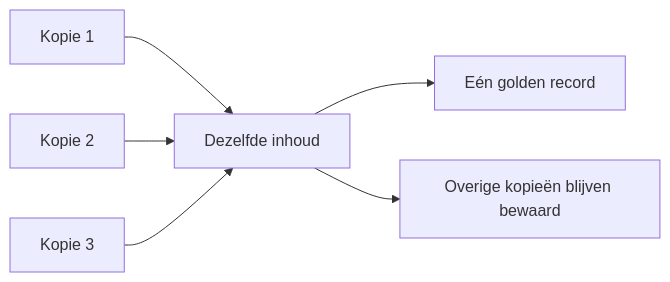
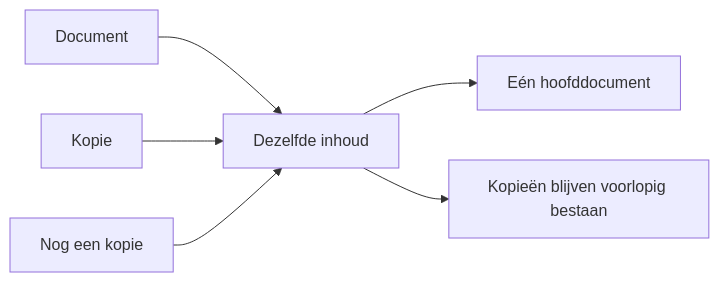
One commit to hugcoding/core-platform changed the second of 7 diagrams in docs/wiki/core-in-gewone-taal.md. Above: the diagram before and after it, drawn with Mermaid. The commit also changed other lines of this file, not shown here.

````diff
--- a/docs/wiki/core-in-gewone-taal.md
+++ b/docs/wiki/core-in-gewone-taal.md
@@ -45,8 +32,8 @@
 ```mermaid
 flowchart LR
-    A["Kopie 1"] --> D["Dezelfde inhoud"]
-    B["Kopie 2"] --> D
-    C["Kopie 3"] --> D
-    D --> E["Eén golden record"]
-    D --> F["Overige kopieën blijven bewaard"]
+    A["Document"] --> D["Dezelfde inhoud"]
+    B["Kopie"] --> D
+    C["Nog een kopie"] --> D
+    D --> E["Eén hoofddocument"]
+    D --> F["Kopieën blijven voorlopig bestaan"]
 ```
````
